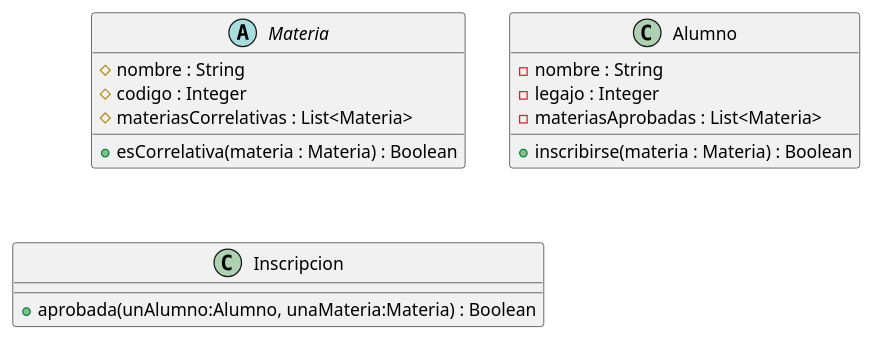
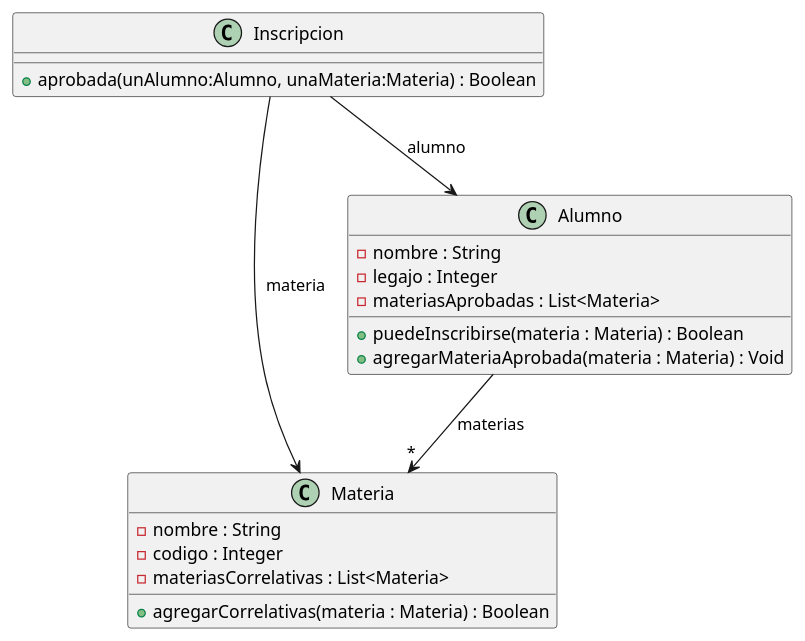
The diagram in src/main/java/org/example/diagrama.puml (GadStam/validadorDeCorrelativas-DDS), drawn with PlantUML before and after one commit.

Commit message:
Finished

```diff
--- a/src/main/java/org/example/diagrama.puml
+++ b/src/main/java/org/example/diagrama.puml
@@ -1,26 +1,31 @@
 @startuml
 'https://plantuml.com/sequence-diagram
 
 
 
-abstract class Materia{
- #nombre : String
- #codigo : Integer
- #materiasCorrelativas : List<Materia>
+class Materia{
+ -nombre : String
+ -codigo : Integer
+ -materiasCorrelativas : List<Materia>
 
- +esCorrelativa(materia : Materia) : Boolean
+ +agregarCorrelativas(materia : Materia) : Boolean
 }
 
 class Alumno{
 -nombre : String
 -legajo : Integer
 -materiasAprobadas : List<Materia>
 
- +inscribirse(materia : Materia) : Boolean
+ +puedeInscribirse(materia : Materia) : Boolean
+ +agregarMateriaAprobada(materia : Materia) : Void
 
 }
 
 class Inscripcion{
 +aprobada(unAlumno:Alumno, unaMateria:Materia) : Boolean
 }
+
+Alumno --> "*" Materia: materias
+Inscripcion --> Alumno: alumno
+Inscripcion --> Materia: materia
 @enduml
```
